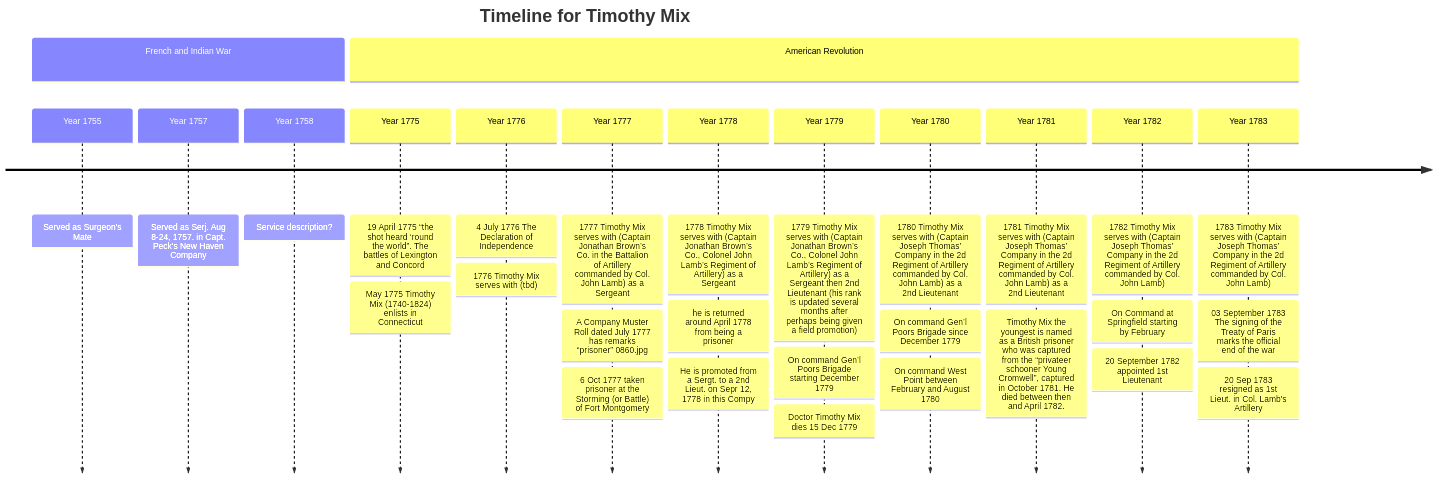
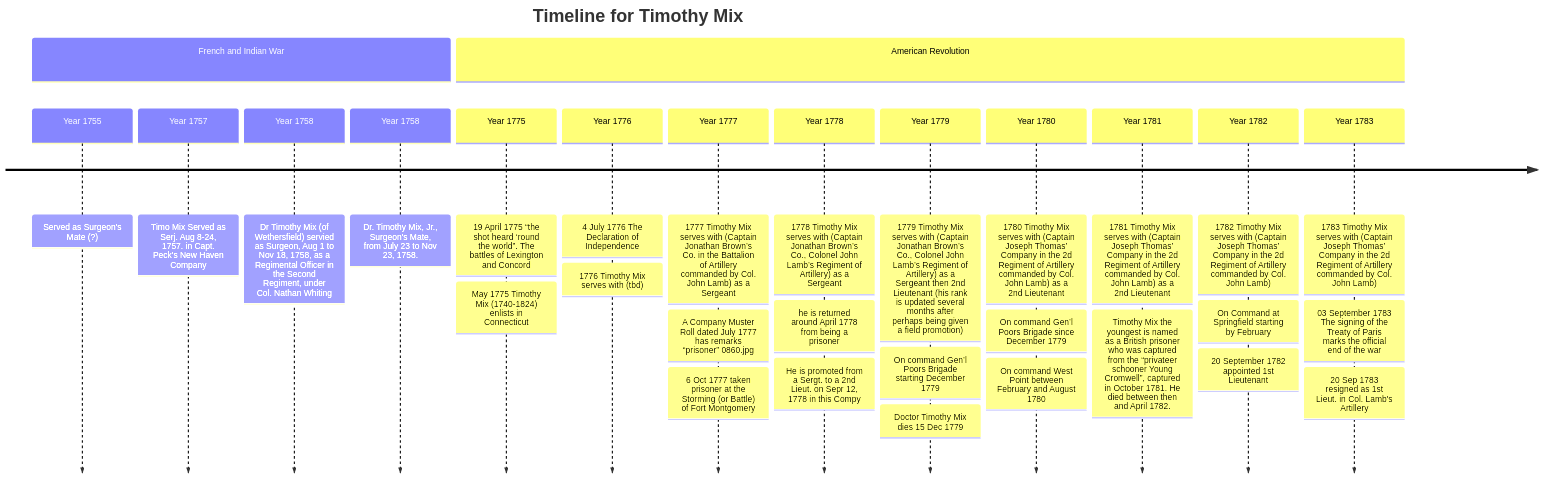
Before and after one commit to ebdex/amer-rev-hist-references: the diagram in diagrams/timo-mix-timeline-diagram.mmd, drawn with Mermaid.

```diff
--- a/diagrams/timo-mix-timeline-diagram.mmd
+++ b/diagrams/timo-mix-timeline-diagram.mmd
@@ -1,21 +1,25 @@
 timeline
     title Timeline for Timothy Mix
     section French and Indian War
-        Year 1755 : Served as Surgeon's Mate
-        Year 1757 : Served as Serj. Aug 8-24, 1757. in Capt. Peck's New Haven Company 
-        Year 1758 : Service description?
+        Year 1755 : Served as Surgeon's Mate (?)
+        Year 1757 : Timo Mix Served as Serj. Aug 8-24, 1757. in Capt. Peck's New Haven Company 
+        Year 1758 : Dr Timothy Mix (of Wethersfield) servied as Surgeon, Aug 1 to Nov 18, 1758, as a Regimental Officer in the Second Regiment, under Col. Nathan Whiting
+        Year 1758 : Dr. Timothy Mix, Jr., Surgeon's Mate, from July 23 to Nov 23, 1758. 
     section American Revolution
         Year 1775 : 19 April 1775 “the shot heard ‘round the world”. The battles of Lexington and Concord : May 1775 Timothy Mix (1740-1824) enlists in Connecticut
         Year 1776 : 4 July 1776 The Declaration of Independence : 1776 Timothy Mix serves with (tbd)
         Year 1777 : 1777 Timothy Mix serves with (Captain Jonathan Brown’s Co. in the Battalion of Artillery commanded by Col. John Lamb) as a Sergeant : A Company Muster Roll dated July 1777 has remarks “prisoner” 0860.jpg : 6 Oct 1777 taken prisoner at the Storming (or Battle) of Fort Montgomery
         Year 1778 : 1778 Timothy Mix serves with (Captain Jonathan Brown’s Co., Colonel John Lamb’s Regiment of Artillery) as a Sergeant : he is returned around April 1778 from being a prisoner : He is promoted from a Sergt. to a 2nd Lieut. on Sepr 12, 1778 in this Compy
         Year 1779 : 1779 Timothy Mix serves with (Captain Jonathan Brown’s Co., Colonel John Lamb’s Regiment of Artillery) as a Sergeant then 2nd Lieutenant (his rank is updated several months after perhaps being given a field promotion) : On command Gen’l Poors Brigade starting December 1779 : Doctor Timothy Mix dies 15 Dec 1779
         Year 1780 : 1780 Timothy Mix serves with (Captain Joseph Thomas’ Company in the 2d Regiment of Artillery commanded by Col. John Lamb) as a 2nd Lieutenant : On command Gen’l Poors Brigade since December 1779 : On command West Point between February and August 1780
         Year 1781 : 1781 Timothy Mix serves with (Captain Joseph Thomas’ Company in the 2d Regiment of Artillery commanded by Col. John Lamb) as a 2nd Lieutenant : Timothy Mix the youngest is named as a British prisoner who was captured from the “privateer schooner Young Cromwell”, captured in October 1781. He died between then and April 1782.
         Year 1782 : 1782 Timothy Mix serves with (Captain Joseph Thomas’ Company in the 2d Regiment of Artillery commanded by Col. John Lamb) : On Command at Springfield starting by February : 20 September 1782 appointed 1st Lieutenant
         Year 1783 : 1783 Timothy Mix serves with (Captain Joseph Thomas’ Company in the 2d Regiment of Artillery commanded by Col. John Lamb) : 03 September 1783 The signing of the Treaty of Paris marks the official end of the war : 20 Sep 1783 resigned as 1st Lieut. in Col. Lamb's Artillery 
 
 %% Notes: 
 %% 1757 Militia Company Rolls, https://dn760108.eu.archive.org/0/items/rollsofconnectic09conn/rollsofconnectic09conn.pdf
-%% 1755-1757 are in Vol I, Rolls09
-%% 1758-1762 are in Vol II, Rolls10
+%% 1755-1757 are in Vol I, Rolls09  (page 231)
+%% 1758-1762 are in Vol II, Rolls10  (page 30 and 95)
+
+%% 1758 Dr. Timothy Mix, Jr., is listed on page 95 of Vol. II. Below a page heading of "Miscellaneous RETURNS." Might be part of Third Regiment, twelfth company?
+%% there are also mentions of Eldad Mix and James Mix. What are possible relationships?
```
